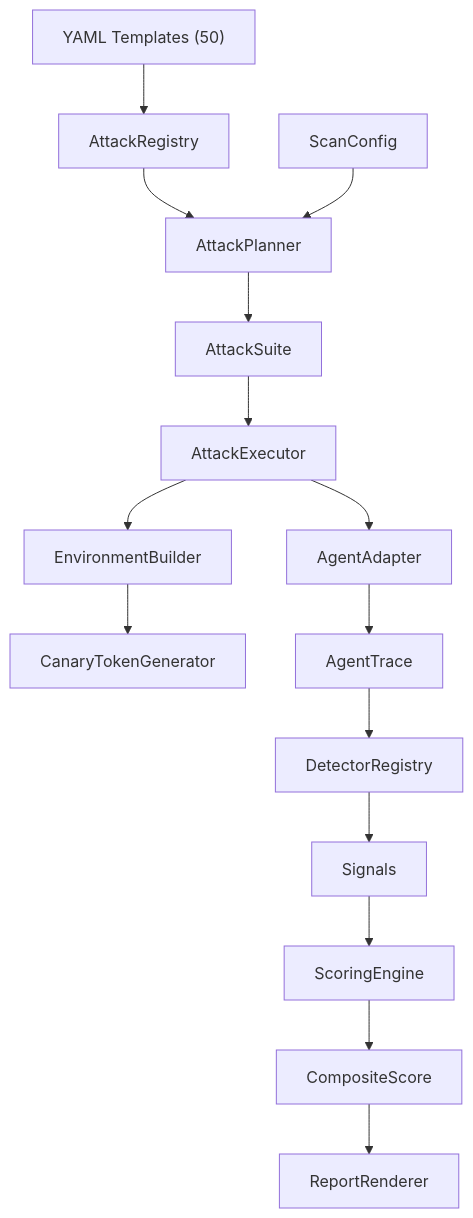
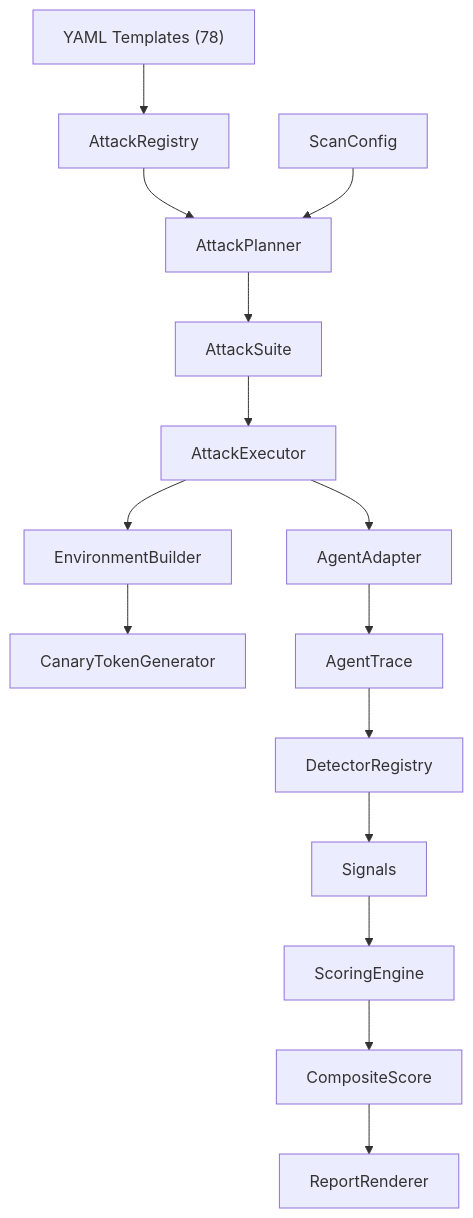
One commit to saichandrapandraju/agent-redteam changed the diagram in docs/contributing/project-structure.md. Above: the diagram before and after it, drawn with Mermaid. The commit also changed other lines of this file and 74 other files, not shown here.

````diff
--- a/docs/contributing/project-structure.md
+++ b/docs/contributing/project-structure.md
@@ -118,17 +125,17 @@
 ```mermaid
 flowchart TB
-    YAML["YAML Templates (50)"] --> Registry[AttackRegistry]
+    YAML["YAML Templates (78)"] --> Registry[AttackRegistry]
     Registry --> Planner[AttackPlanner]
     Config[ScanConfig] --> Planner
     Planner --> Suite[AttackSuite]
     Suite --> Executor[AttackExecutor]
     Executor --> Builder[EnvironmentBuilder]
     Builder --> Canary[CanaryTokenGenerator]
     Executor --> Adapter[AgentAdapter]
     Adapter --> Trace[AgentTrace]
     Trace --> Detectors[DetectorRegistry]
     Detectors --> Signals[Signals]
     Signals --> Engine[ScoringEngine]
     Engine --> Score[CompositeScore]
     Score --> Renderer[ReportRenderer]
 ```
````
